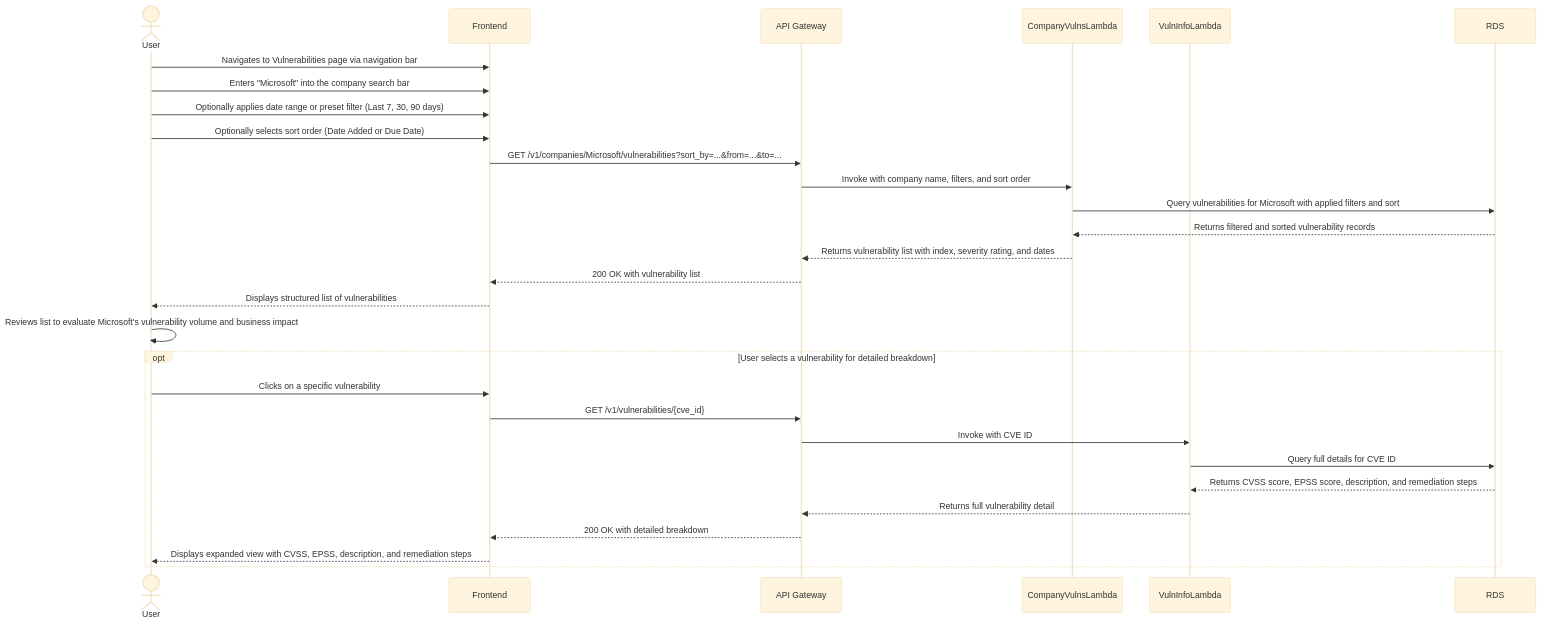
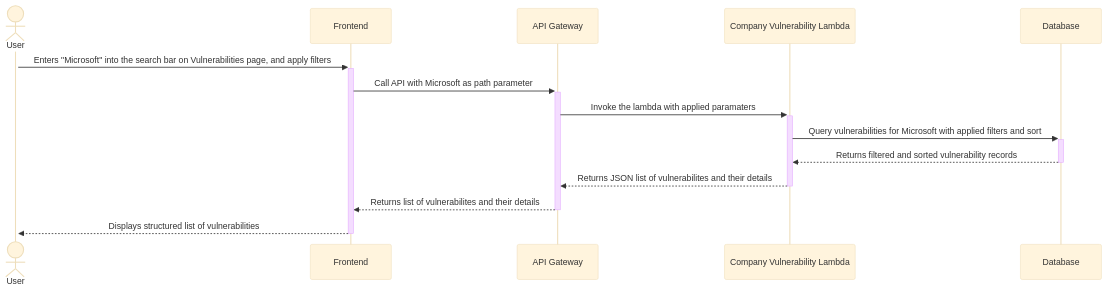
Before and after one commit to Benny-Wu06/amass_delta: the diagram in sequence_diagrams/caseB.md, drawn with Mermaid (base theme). The commit also changed 4 other files, not shown here.

Commit message:
updated sequence diagrams

````diff
--- a/sequence_diagrams/caseB.md
+++ b/sequence_diagrams/caseB.md
@@ -1,41 +1,23 @@
 ```mermaid
 sequenceDiagram
     actor User
     participant Frontend
-    participant API Gateway
-    participant CompanyVulnsLambda
-    participant VulnInfoLambda
-    participant RDS
+    participant Gateway as API Gateway
+    participant Lambda as Company Vulnerability Lambda
+    participant DB as Database
 
-    User->>Frontend: Navigates to Vulnerabilities page via navigation bar
-    User->>Frontend: Enters "Microsoft" into the company search bar
-    User->>Frontend: Optionally applies date range or preset filter (Last 7, 30, 90 days)
-    User->>Frontend: Optionally selects sort order (Date Added or Due Date)
+    activate User
 
-    Frontend->>API Gateway: GET /v1/companies/Microsoft/vulnerabilities?sort_by=...&from=...&to=...
-    API Gateway->>CompanyVulnsLambda: Invoke with company name, filters, and sort order
+    User->>+Frontend: Enters "Microsoft" into the search bar on Vulnerabilities page, and apply filters
 
-    CompanyVulnsLambda->>RDS: Query vulnerabilities for Microsoft with applied filters and sort
-    RDS-->>CompanyVulnsLambda: Returns filtered and sorted vulnerability records
+    Frontend->>+Gateway: Call API with Microsoft as path parameter
+    Gateway->>+Lambda: Invoke the lambda with applied paramaters
 
-    CompanyVulnsLambda-->>API Gateway: Returns vulnerability list with index, severity rating, and dates
-    API Gateway-->>Frontend: 200 OK with vulnerability list
+    Lambda->>+DB: Query vulnerabilities for Microsoft with applied filters and sort
+    DB-->>-Lambda: Returns filtered and sorted vulnerability records
 
-    Frontend-->>User: Displays structured list of vulnerabilities
+    Lambda-->>-Gateway: Returns JSON list of vulnerabilites and their details
+    Gateway-->>-Frontend: Returns list of vulnerabilites and their details
 
-    User->>User: Reviews list to evaluate Microsoft's vulnerability volume and business impact
-
-    opt User selects a vulnerability for detailed breakdown
-        User->>Frontend: Clicks on a specific vulnerability
-        Frontend->>API Gateway: GET /v1/vulnerabilities/{cve_id}
-        API Gateway->>VulnInfoLambda: Invoke with CVE ID
-
-        VulnInfoLambda->>RDS: Query full details for CVE ID
-        RDS-->>VulnInfoLambda: Returns CVSS score, EPSS score, description, and remediation steps
-
-        VulnInfoLambda-->>API Gateway: Returns full vulnerability detail
-        API Gateway-->>Frontend: 200 OK with detailed breakdown
-
-        Frontend-->>User: Displays expanded view with CVSS, EPSS, description, and remediation steps
-    end
+    Frontend-->>-User: Displays structured list of vulnerabilities
 ```
````
